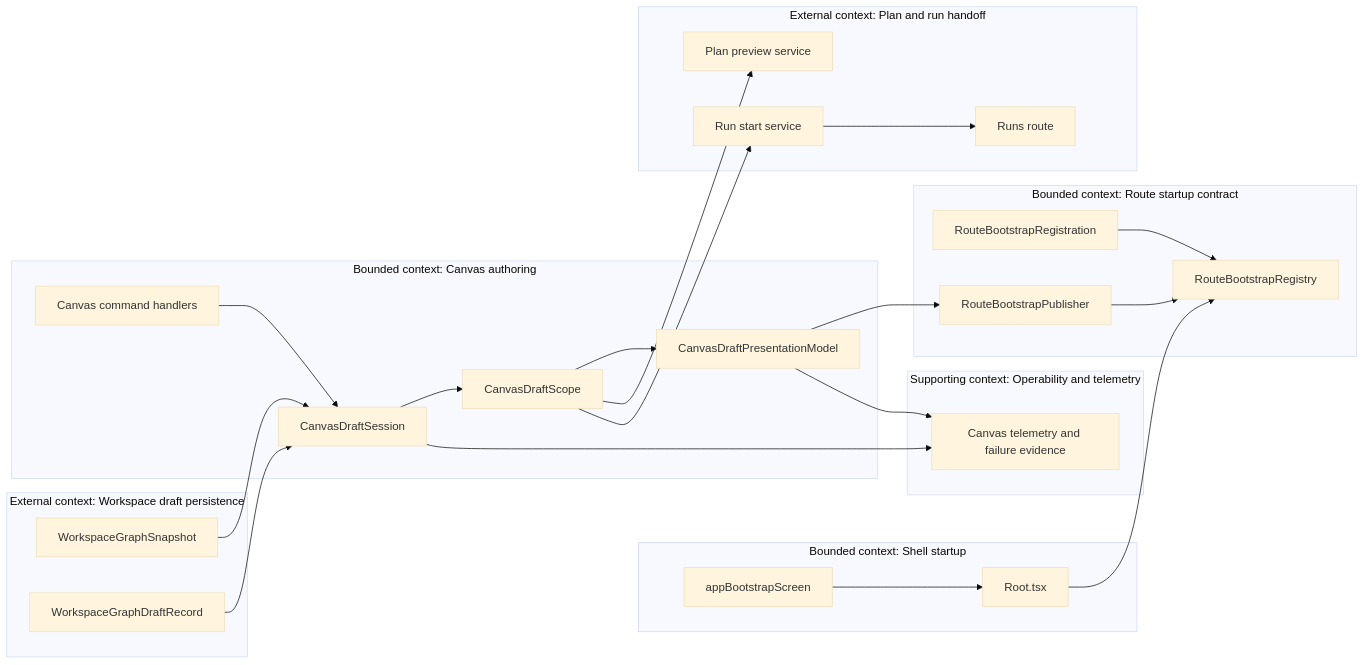
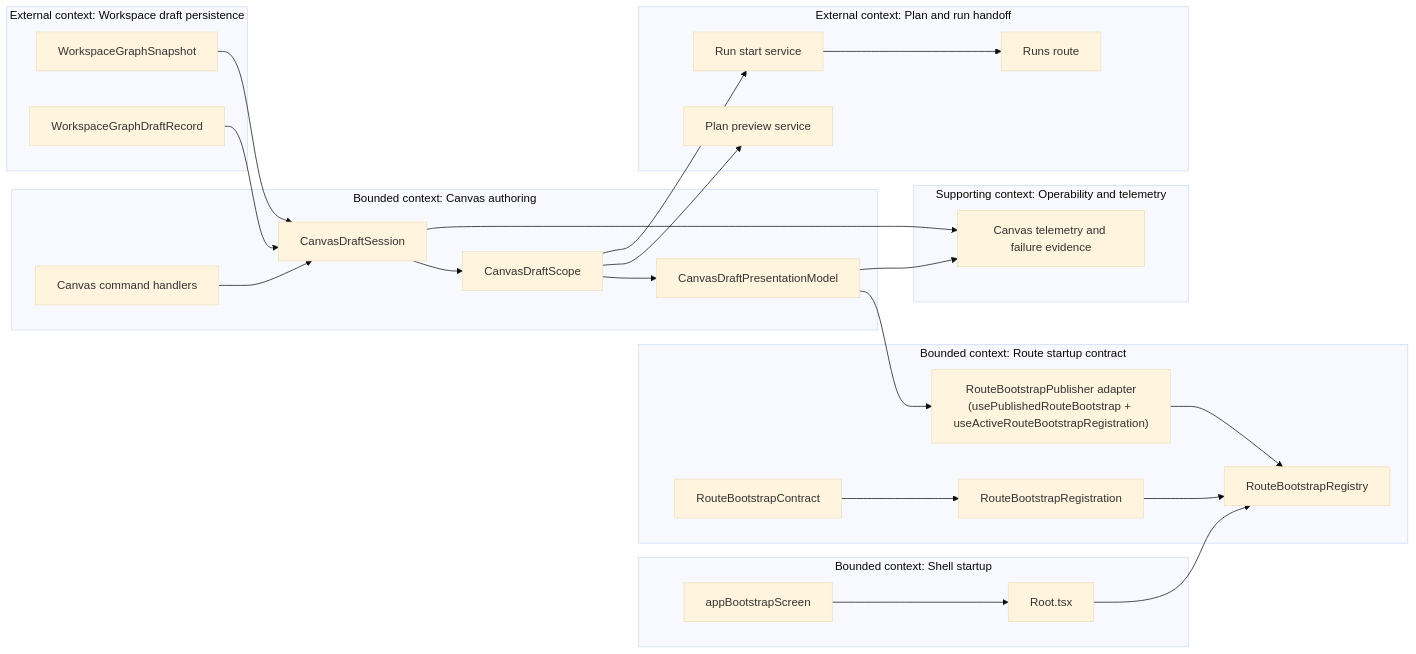
One commit to dunay2/dvt changed the first of 9 diagrams in docs/planning/proposals/mandatory/frontend-and-ux/tf-e2-canvas-target-architecture-execution-plan-20260417.md. Above: the diagram before and after it, drawn with Mermaid (base theme). The commit also changed other lines of this file and 34 other files, not shown here.

Commit message:
refactor(web): Split route bootstrap ownership and align graph docs

````diff
--- a/docs/planning/proposals/mandatory/frontend-and-ux/tf-e2-canvas-target-architecture-execution-plan-20260417.md
+++ b/docs/planning/proposals/mandatory/frontend-and-ux/tf-e2-canvas-target-architecture-execution-plan-20260417.md
@@ -134,51 +139,53 @@
 ```mermaid
 flowchart LR
   subgraph Shell["Bounded context: Shell startup"]
     Root["Root.tsx"]
     Bootstrap["appBootstrapScreen"]
   end
 
   subgraph RouteContract["Bounded context: Route startup contract"]
+    Contract["RouteBootstrapContract"]
     Registration["RouteBootstrapRegistration"]
     Registry["RouteBootstrapRegistry"]
-    Publisher["RouteBootstrapPublisher"]
+    Publisher["RouteBootstrapPublisher adapter\n(usePublishedRouteBootstrap + useActiveRouteBootstrapRegistration)"]
   end
 
   subgraph CanvasAuthoring["Bounded context: Canvas authoring"]
     DraftSession["CanvasDraftSession"]
     DraftScope["CanvasDraftScope"]
     Presentation["CanvasDraftPresentationModel"]
     Commands["Canvas command handlers"]
   end
 
   subgraph WorkspaceDraft["External context: Workspace draft persistence"]
     Snapshot["WorkspaceGraphSnapshot"]
     DraftRecord["WorkspaceGraphDraftRecord"]
   end
 
   subgraph PlanRun["External context: Plan and run handoff"]
     PlanPreview["Plan preview service"]
     RunStart["Run start service"]
     RunsRoute["Runs route"]
   end
 
   subgraph Observability["Supporting context: Operability and telemetry"]
     Telemetry["Canvas telemetry and failure evidence"]
   end
 
   Root --> Registry
   Bootstrap --> Root
+  Contract --> Registration
   Registration --> Registry
   Publisher --> Registry
   DraftSession --> DraftScope
   DraftScope --> Presentation
   Presentation --> Publisher
   Commands --> DraftSession
   Snapshot --> DraftSession
   DraftRecord --> DraftSession
   DraftScope --> PlanPreview
   DraftScope --> RunStart
   RunStart --> RunsRoute
   DraftSession --> Telemetry
   Presentation --> Telemetry
 ```
````
